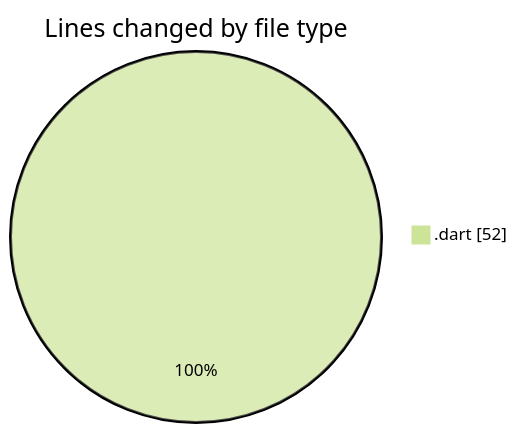
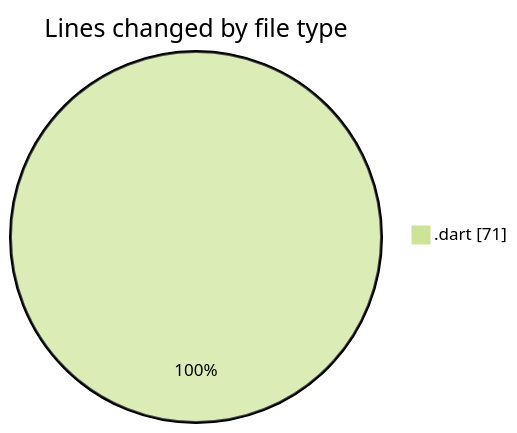
Before and after one commit to donsfak/code-tracking: the first of 2 diagrams in 2025-03-25/wordle/README.md, drawn with Mermaid (forest theme). The commit also changed other lines of this file and 1 other file, not shown here.

````diff
--- a/2025-03-25/wordle/README.md
+++ b/2025-03-25/wordle/README.md
@@ -21,5 +21,5 @@
 ```mermaid
 pie showData
 title Lines changed by file type
-".dart" : 52
+".dart" : 71
 ```
````
